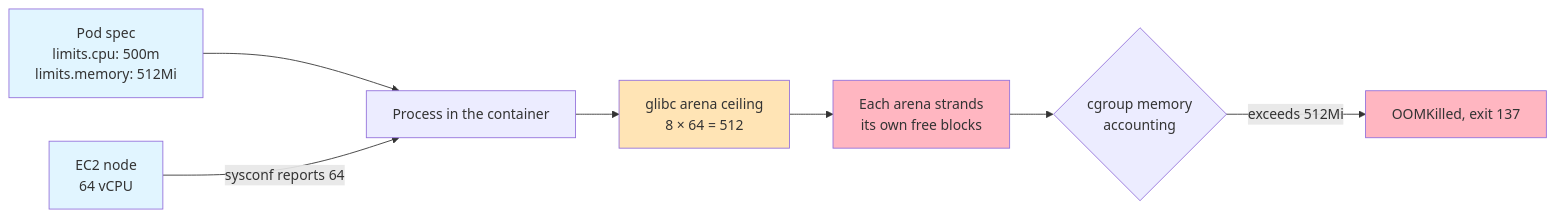
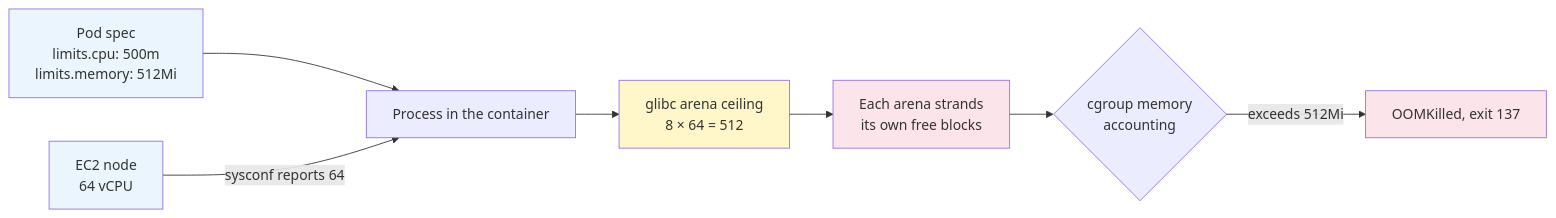
The fourth of 4 diagrams in LLD/SystemDesign/IntheWild/WhyOurEksPodsKeptGettingOomKilled.md (cartmancodes/InterviewVault), drawn with Mermaid before and after one commit. The commit also changed other lines of this file and 679 other files, not shown here.

Commit message:
Unify content diagrams and add accessible visual walkthroughs

````diff
--- a/LLD/SystemDesign/IntheWild/WhyOurEksPodsKeptGettingOomKilled.md
+++ b/LLD/SystemDesign/IntheWild/WhyOurEksPodsKeptGettingOomKilled.md
@@ -179,16 +179,16 @@
 ```mermaid
 flowchart LR
     POD["Pod spec<br/>limits.cpu: 500m<br/>limits.memory: 512Mi"] --> PROC["Process in the container"]
     NODE["EC2 node<br/>64 vCPU"] -->|"sysconf reports 64"| PROC
     PROC --> CEIL["glibc arena ceiling<br/>8 × 64 = 512"]
     CEIL --> FRAG["Each arena strands<br/>its own free blocks"]
     FRAG --> CG{"cgroup memory<br/>accounting"}
     CG -->|"exceeds 512Mi"| KILL["OOMKilled, exit 137"]
 
-    classDef bad fill:#FFB6C1
-    classDef warn fill:#FFE4B5
-    classDef infra fill:#e1f5ff
+    classDef bad fill:#FCE5EA
+    classDef warn fill:#FFF6C9
+    classDef infra fill:#EAF5FD
     class KILL,FRAG bad
     class CEIL warn
     class NODE,POD infra
 ```
````
